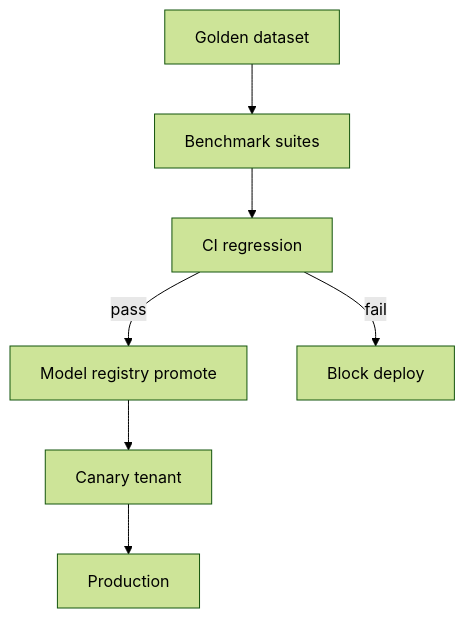
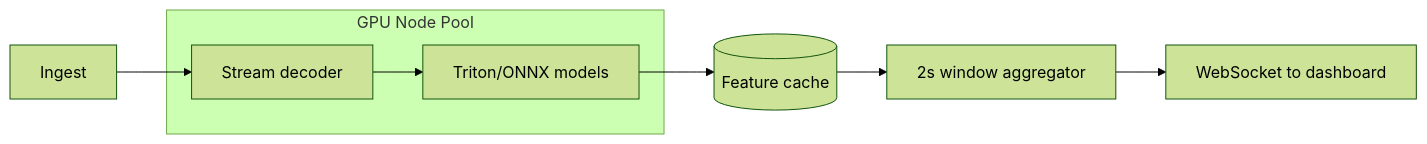
One commit to NITISH-R-G/PedagogyX changed the diagram in docs/05-architecture/AI_ARCHITECTURE.md. Above: the diagram before and after it, drawn with Mermaid (forest theme). The commit also changed other lines of this file and 13 other files, not shown here.

````diff
--- a/docs/05-architecture/AI_ARCHITECTURE.md
+++ b/docs/05-architecture/AI_ARCHITECTURE.md
@@ -90,9 +41,11 @@
 ```mermaid
-flowchart TB
-    DS[Golden dataset] --> BEN[Benchmark suites]
-    BEN --> CI[CI regression]
-    CI -->|pass| REG[Model registry promote]
-    CI -->|fail| BLOCK[Block deploy]
-    REG --> CAN[Canary tenant]
-    CAN --> PROD[Production]
+flowchart LR
+    subgraph gpu [GPU Node Pool]
+        T1[Stream decoder]
+        T2[Triton/ONNX models]
+    end
+    ING[Ingest] --> T1 --> T2
+    T2 --> REDIS[(Feature cache)]
+    REDIS --> AGG[2s window aggregator]
+    AGG --> WS[WebSocket to dashboard]
 ```
````
